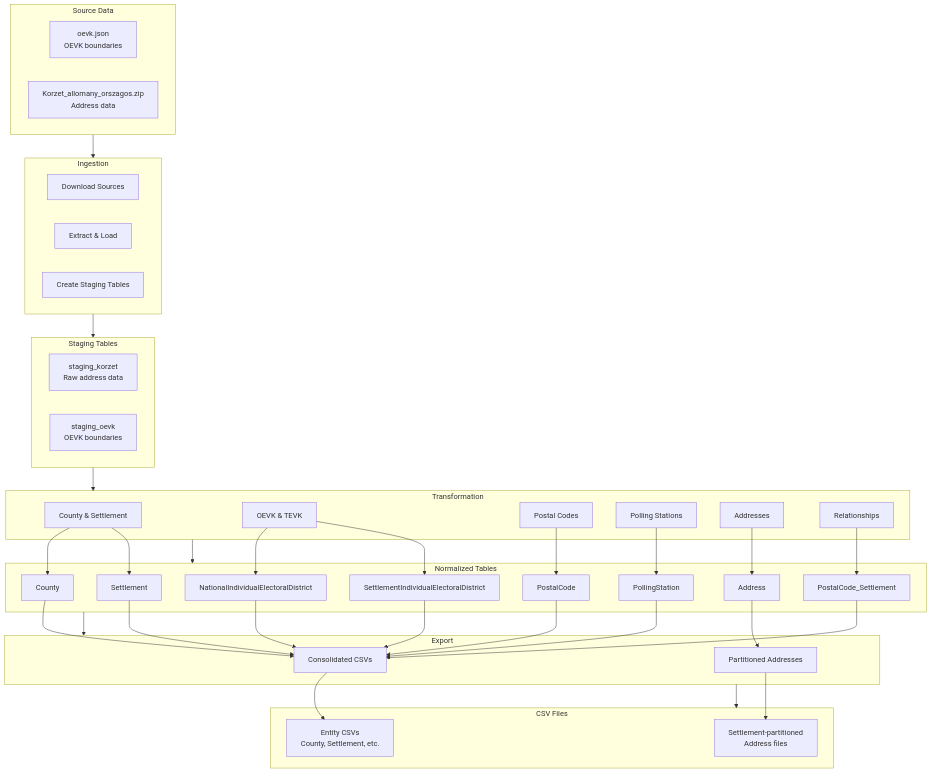
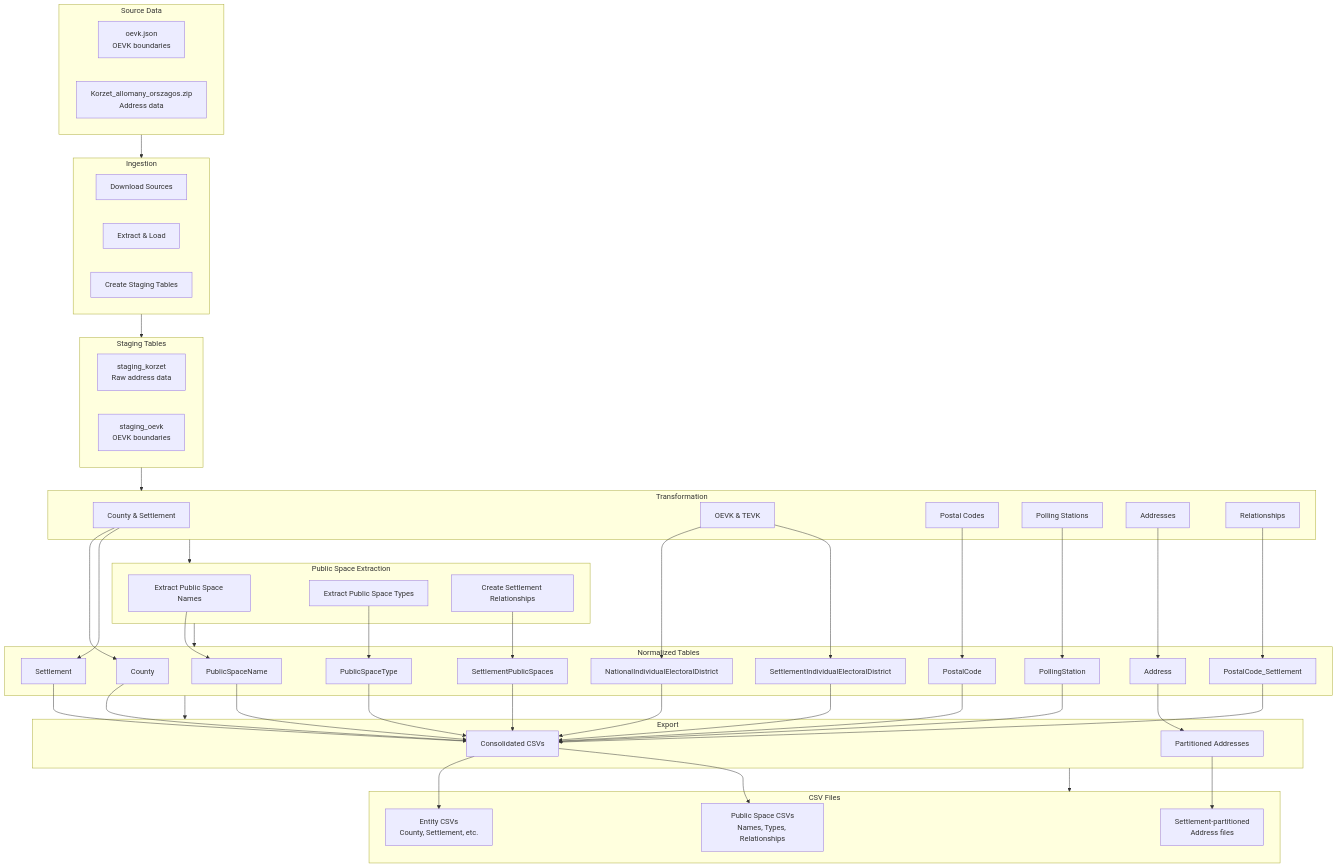
One commit to mkkp/oevk-data changed the second of 2 diagrams in README.md. Above: the diagram before and after it, drawn with Mermaid. The commit also changed other lines of this file and 35 other files, not shown here.

First line of the commit message:
feat: complete public space extraction (T030) (#4)

````diff
--- a/README.md
+++ b/README.md
@@ -385,9 +431,10 @@
     A[Source Data] --> B[Ingestion]
     B --> C[Staging Tables]
     C --> D[Transformation]
-    D --> E[Normalized Tables]
-    E --> F[Export]
-    F --> G[CSV Files]
+    D --> E[Public Space Extraction]
+    E --> F[Normalized Tables]
+    F --> G[Export]
+    G --> H[CSV Files]
     
     subgraph A [Source Data]
         A1[oevk.json<br/>OEVK boundaries]
@@ -414,45 +461,63 @@
         D6[Relationships]
     end
     
-    subgraph E [Normalized Tables]
-        E1[County]
-        E2[Settlement]
-        E3[NationalIndividualElectoralDistrict]
-        E4[SettlementIndividualElectoralDistrict]
-        E5[PostalCode]
-        E6[PostalCode_Settlement]
-        E7[PollingStation]
-        E8[Address]
+    subgraph E [Public Space Extraction]
+        E1[Extract Public Space Names]
+        E2[Extract Public Space Types]
+        E3[Create Settlement Relationships]
     end
     
-    subgraph F [Export]
-        F1[Consolidated CSVs]
-        F2[Partitioned Addresses]
+    subgraph F [Normalized Tables]
+        F1[County]
+        F2[Settlement]
+        F3[NationalIndividualElectoralDistrict]
+        F4[SettlementIndividualElectoralDistrict]
+        F5[PostalCode]
+        F6[PostalCode_Settlement]
+        F7[PollingStation]
+        F8[Address]
+        F9[PublicSpaceName]
+        F10[PublicSpaceType]
+        F11[SettlementPublicSpaces]
     end
     
-    subgraph G [CSV Files]
-        G1[Entity CSVs<br/>County, Settlement, etc.]
-        G2[Settlement-partitioned<br/>Address files]
+    subgraph G [Export]
+        G1[Consolidated CSVs]
+        G2[Partitioned Addresses]
     end
     
-    D1 --> E1
-    D1 --> E2
-    D2 --> E3
-    D2 --> E4
-    D3 --> E5
-    D6 --> E6
-    D4 --> E7
-    D5 --> E8
+    subgraph H [CSV Files]
+        H1[Entity CSVs<br/>County, Settlement, etc.]
+        H2[Settlement-partitioned<br/>Address files]
+        H3[Public Space CSVs<br/>Names, Types, Relationships]
+    end
     
-    E1 --> F1
-    E2 --> F1
-    E3 --> F1
-    E4 --> F1
-    E5 --> F1
-    E6 --> F1
-    E7 --> F1
-    E8 --> F2
+    D1 --> F1
+    D1 --> F2
+    D2 --> F3
+    D2 --> F4
+    D3 --> F5
+    D6 --> F6
+    D4 --> F7
+    D5 --> F8
+    
+    E1 --> F9
+    E2 --> F10
+    E3 --> F11
     
     F1 --> G1
-    F2 --> G2
+    F2 --> G1
+    F3 --> G1
+    F4 --> G1
+    F5 --> G1
+    F6 --> G1
+    F7 --> G1
+    F8 --> G2
+    F9 --> G1
+    F10 --> G1
+    F11 --> G1
+    
+    G1 --> H1
+    G2 --> H2
+    G1 --> H3
 ```
````
